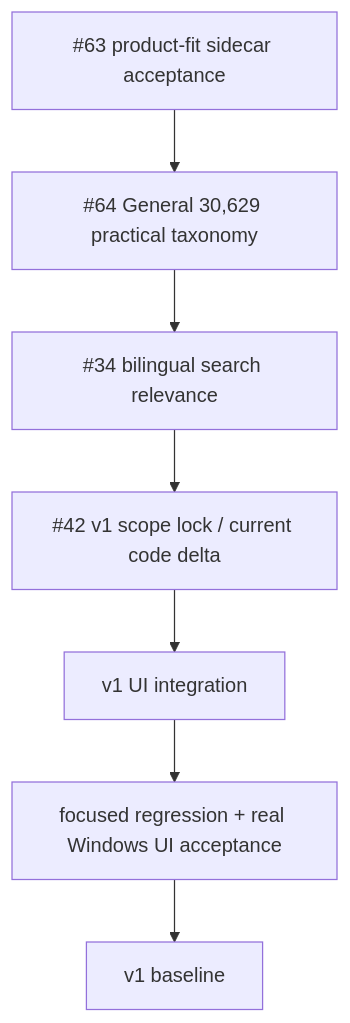
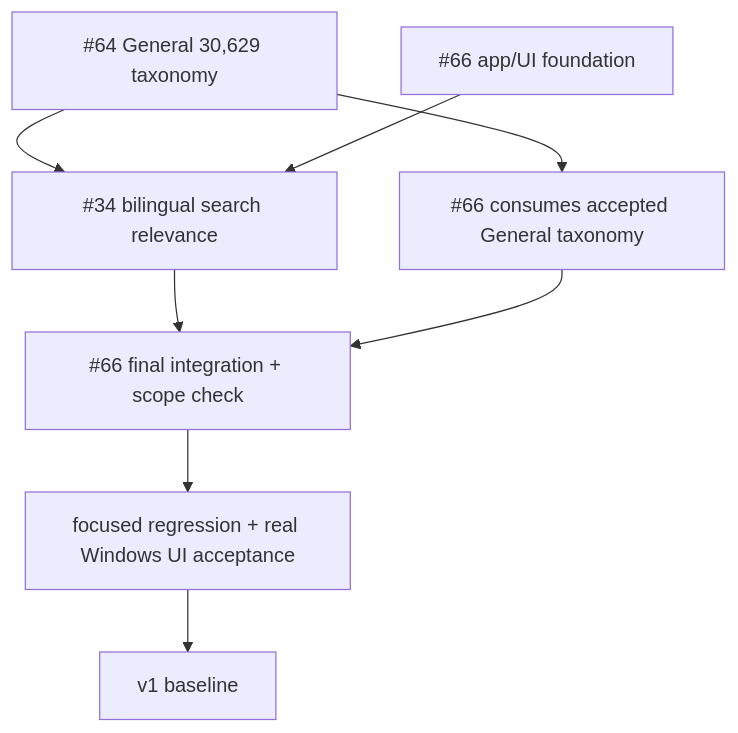
Before and after one commit to takasago181/DanbooruTagTool: the fifth of 8 diagrams in docs/FLOWCHARTS.md, drawn with Mermaid. The commit also changed other lines of this file, not shown here.

````diff
--- a/docs/FLOWCHARTS.md
+++ b/docs/FLOWCHARTS.md
@@ -77,9 +78,10 @@
 ```mermaid
 flowchart TD
- A[#63 product-fit sidecar acceptance] --> B[#64 General 30,629 practical taxonomy]
- B --> C[#34 bilingual search relevance]
- C --> D[#42 v1 scope lock / current code delta]
- D --> E[v1 UI integration]
- E --> F[focused regression + real Windows UI acceptance]
- F --> G[v1 baseline]
+ A[#64 General 30,629 taxonomy] --> C[#34 bilingual search relevance]
+ B[#66 app/UI foundation] --> C
+ A --> B2[#66 consumes accepted General taxonomy]
+ C --> D[#66 final integration + scope check]
+ B2 --> D
+ D --> E[focused regression + real Windows UI acceptance]
+ E --> F[v1 baseline]
 ```
````
